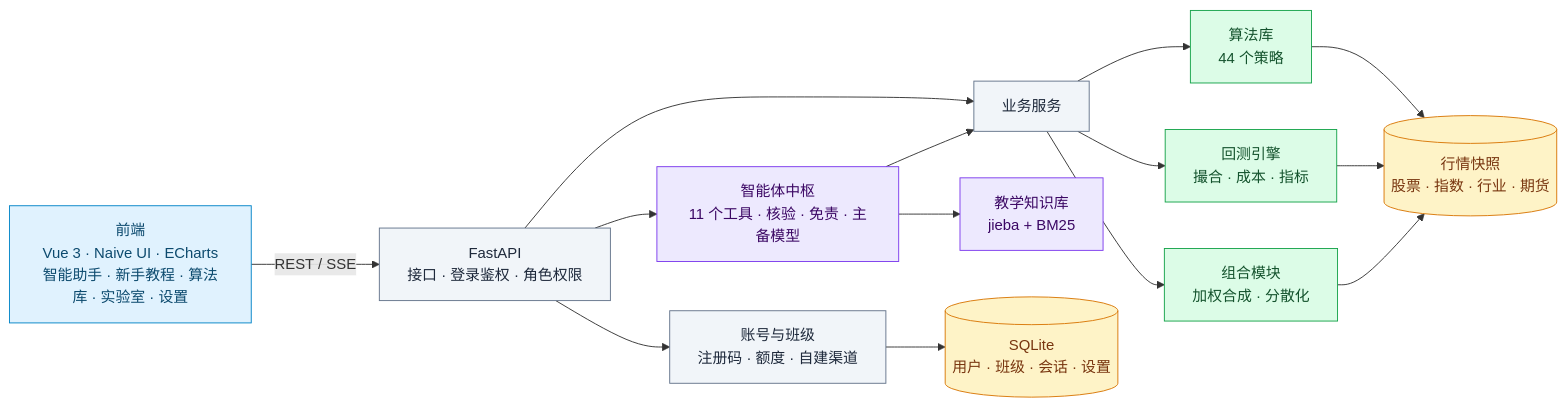
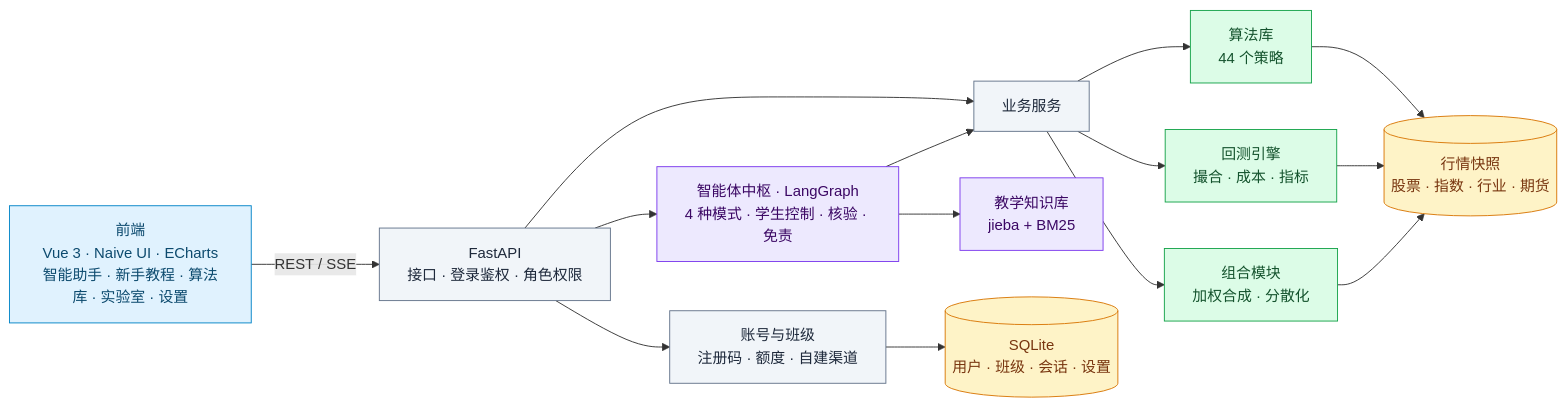
Before and after one commit to quant-teaching/teaching-agent-quant-platform: the diagram in docs/diagrams/overview.mmd, drawn with Mermaid. The commit also changed 43 other files, not shown here.

```diff
--- a/docs/diagrams/overview.mmd
+++ b/docs/diagrams/overview.mmd
@@ -1,23 +1,23 @@
 flowchart LR
   UI["前端<br/>Vue 3 · Naive UI · ECharts<br/>智能助手 · 新手教程 · 算法库 · 实验室 · 设置"] -->|REST / SSE| API["FastAPI<br/>接口 · 登录鉴权 · 角色权限"]
-  API --> AG["智能体中枢<br/>11 个工具 · 核验 · 免责 · 主备模型"]
+  API --> AG["智能体中枢 · LangGraph<br/>4 种模式 · 学生控制 · 核验 · 免责"]
   API --> SVC["业务服务"]
   API --> ACC["账号与班级<br/>注册码 · 额度 · 自建渠道"]
   AG --> SVC
   AG --> KB["教学知识库<br/>jieba + BM25"]
   SVC --> ST["算法库<br/>44 个策略"]
   SVC --> EN["回测引擎<br/>撮合 · 成本 · 指标"]
   SVC --> PF["组合模块<br/>加权合成 · 分散化"]
   ST & EN & PF --> DATA[("行情快照<br/>股票 · 指数 · 行业 · 期货")]
   ACC --> DB[("SQLite<br/>用户 · 班级 · 会话 · 设置")]
 
   classDef fe fill:#e0f2fe,stroke:#0284c7,color:#0c4a6e
   classDef api fill:#f1f5f9,stroke:#64748b,color:#1e293b
   classDef agent fill:#ede9fe,stroke:#7c3aed,color:#3b0764
   classDef core fill:#dcfce7,stroke:#16a34a,color:#14532d
   classDef data fill:#fef3c7,stroke:#d97706,color:#78350f
   class UI fe
   class API,SVC,ACC api
   class AG,KB agent
   class ST,EN,PF core
   class DATA,DB data
```
